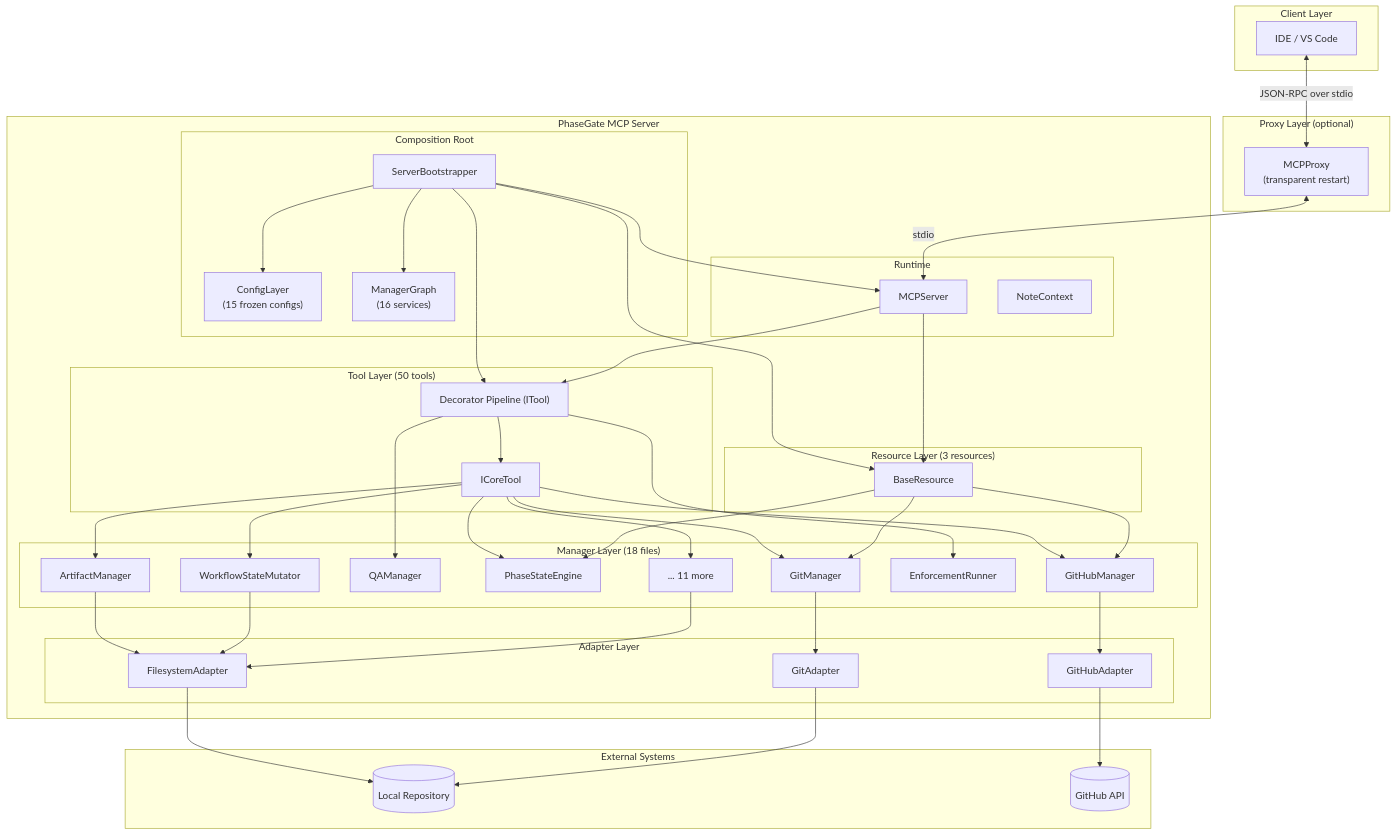
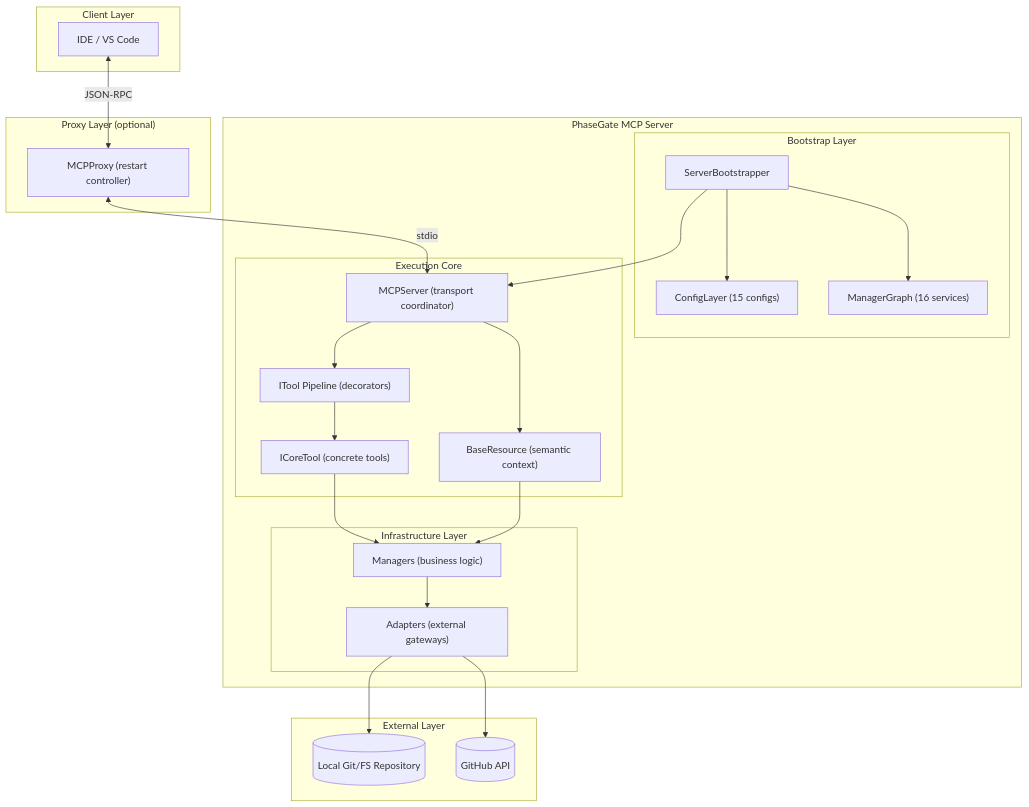
The first of 4 diagrams in docs/mcp_server/ARCHITECTURE.md (MikeyVK/phase-gate-mcp), drawn with Mermaid before and after one commit. The commit also changed other lines of this file, not shown here.

Commit message:
docs(P_DOCUMENTATION): Documentation for #406 (#406)

````diff
--- a/docs/mcp_server/ARCHITECTURE.md
+++ b/docs/mcp_server/ARCHITECTURE.md
@@ -90,90 +90,53 @@
 ```mermaid
-graph TB
+graph TD
     subgraph Clients ["Client Layer"]
         IDE["IDE / VS Code"]
     end
 
     subgraph Proxy ["Proxy Layer (optional)"]
-        MCPProxy["MCPProxy\n(transparent restart)"]
+        MCPProxy["MCPProxy (restart controller)"]
     end
 
     subgraph Server ["PhaseGate MCP Server"]
-        subgraph Bootstrap ["Composition Root"]
+        subgraph Boot ["Bootstrap Layer"]
             Bootstrapper["ServerBootstrapper"]
-            ConfigLayer["ConfigLayer\n(15 frozen configs)"]
-            ManagerGraph["ManagerGraph\n(16 services)"]
+            ConfigLayer["ConfigLayer (15 configs)"]
+            ManagerGraph["ManagerGraph (16 services)"]
         end
 
-        subgraph Runtime ["Runtime"]
-            MCPServer["MCPServer"]
-            NoteCtx["NoteContext"]
+        subgraph Core ["Execution Core"]
+            MCPServer["MCPServer (transport coordinator)"]
+            Pipeline["ITool Pipeline (decorators)"]
+            ICoreTool["ICoreTool (concrete tools)"]
+            BaseRes["BaseResource (semantic context)"]
         end
 
-        subgraph Tools ["Tool Layer (50 tools)"]
-            Pipeline["Decorator Pipeline (ITool)"]
-            ICoreTool["ICoreTool"]
-        end
-
-        subgraph Resources ["Resource Layer (3 resources)"]
-            BaseRes["BaseResource"]
-        end
-
-        subgraph Managers ["Manager Layer (18 files)"]
-            GitMgr["GitManager"]
-            GHMgr["GitHubManager"]
-            QAMgr["QAManager"]
-            PhaseSE["PhaseStateEngine"]
-            ArtMgr["ArtifactManager"]
-            StateMut["WorkflowStateMutator"]
-            EnforceRunner["EnforcementRunner"]
-            OtherMgr["... 11 more"]
-        end
-
-        subgraph Adapters ["Adapter Layer"]
-            FSAdapter["FilesystemAdapter"]
-            GitAdapter["GitAdapter"]
-            GHAdapter["GitHubAdapter"]
+        subgraph Infra ["Infrastructure Layer"]
+            Managers["Managers (business logic)"]
+            Adapters["Adapters (external gateways)"]
         end
     end
 
-    subgraph External ["External Systems"]
-        Repo[("Local Repository")]
-        Remote[("GitHub API")]
+    subgraph Ext ["External Layer"]
+        Repo[("Local Git/FS Repository")]
+        API[("GitHub API")]
     end
 
-    IDE <-->|"JSON-RPC over stdio"| MCPProxy
+    IDE <-->|"JSON-RPC"| MCPProxy
     MCPProxy <-->|"stdio"| MCPServer
-
+    
     Bootstrapper --> ConfigLayer
     Bootstrapper --> ManagerGraph
     Bootstrapper --> MCPServer
-    Bootstrapper --> Pipeline
-    Bootstrapper --> BaseRes
-
+    
     MCPServer --> Pipeline
     Pipeline --> ICoreTool
     MCPServer --> BaseRes
-
-    Pipeline --> EnforceRunner
-    Pipeline --> QAMgr
-    ICoreTool --> GitMgr
-    ICoreTool --> GHMgr
-    ICoreTool --> ArtMgr
-    ICoreTool --> PhaseSE
-    ICoreTool --> StateMut
-    ICoreTool --> OtherMgr
-
-    BaseRes --> GitMgr
-    BaseRes --> GHMgr
-    BaseRes --> PhaseSE
-
-    GitMgr --> GitAdapter
-    GHMgr --> GHAdapter
-    ArtMgr --> FSAdapter
-    StateMut --> FSAdapter
-    OtherMgr --> FSAdapter
-
-    FSAdapter --> Repo
-    GitAdapter --> Repo
-    GHAdapter --> Remote
+    
+    ICoreTool --> Managers
+    BaseRes --> Managers
+    
+    Managers --> Adapters
+    Adapters --> Repo
+    Adapters --> API
 ```
````
